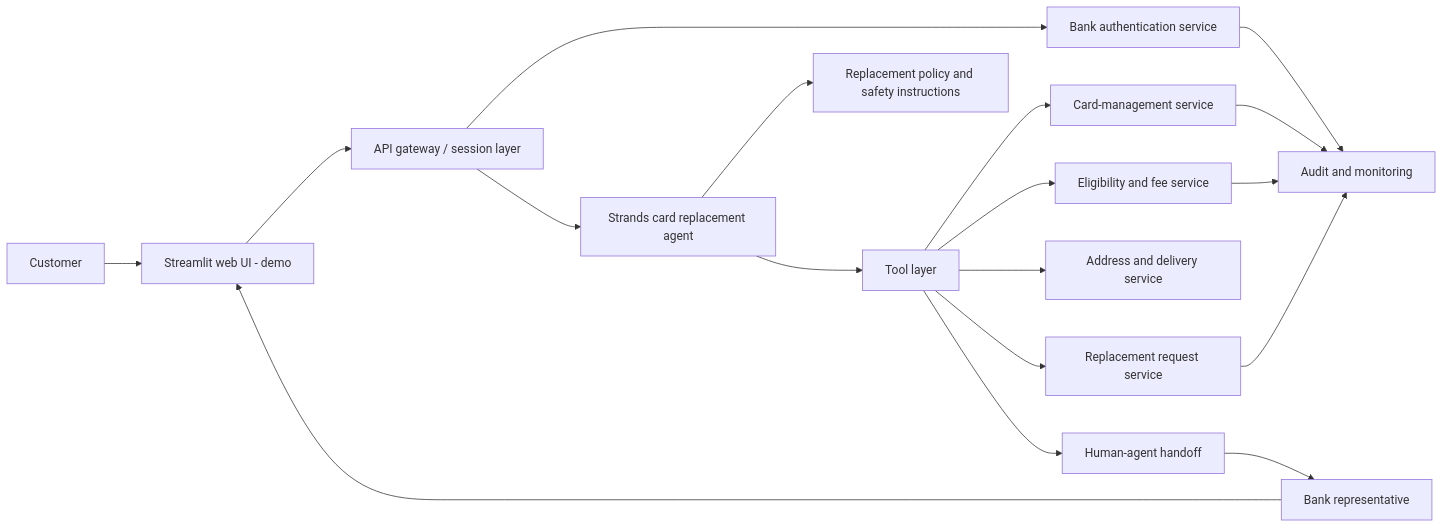
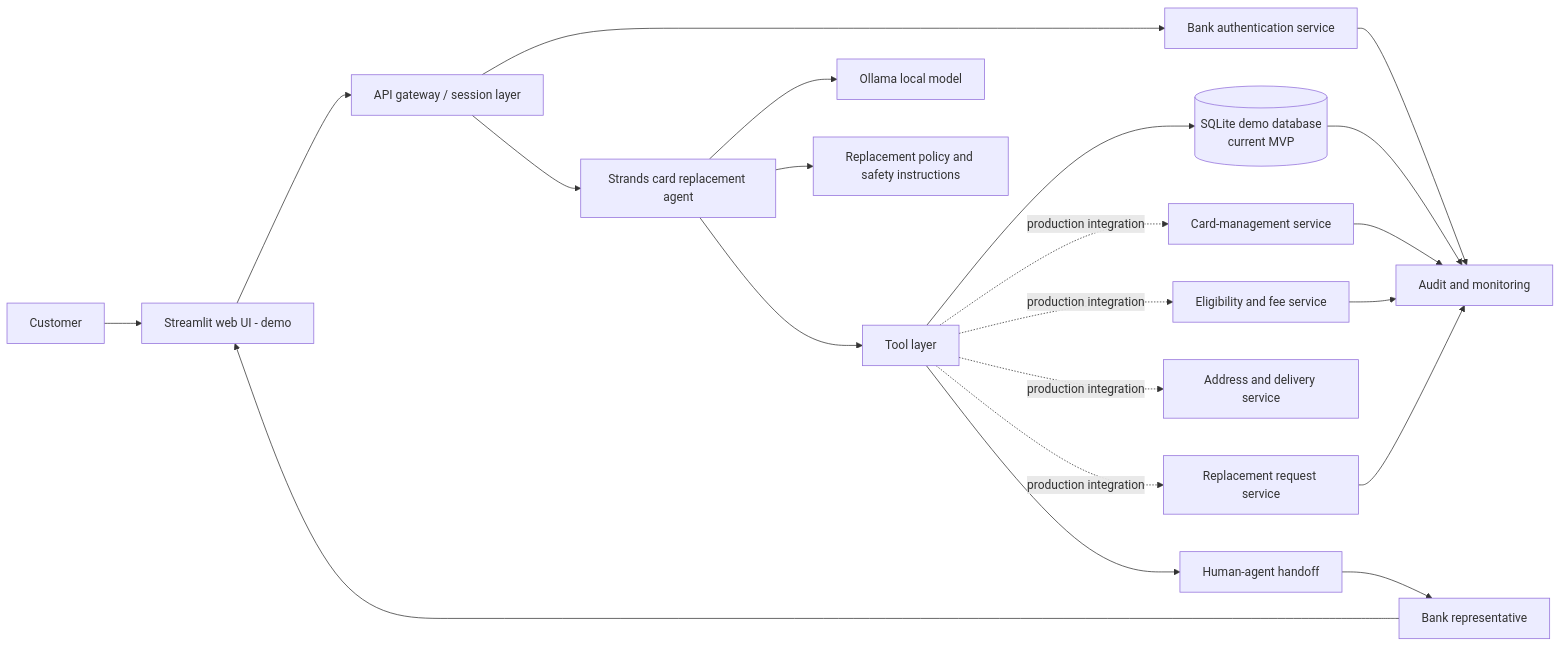
The first of 2 diagrams in ARCHITECTURE.md (pethepp14/Strands-Agent), drawn with Mermaid before and after one commit. The commit also changed 13 other files, not shown here.

````diff
--- a/ARCHITECTURE.md
+++ b/ARCHITECTURE.md
@@ -9,22 +9,25 @@
 ```mermaid
 flowchart LR
     C[Customer] --> UI[Streamlit web UI - demo]
     UI --> GW[API gateway / session layer]
     GW --> AUTH[Bank authentication service]
     GW --> A[Strands card replacement agent]
+    A --> MODEL[Ollama local model]
 
     A --> P[Replacement policy and safety instructions]
     A --> T[Tool layer]
-    T --> CARD[Card-management service]
-    T --> ELIG[Eligibility and fee service]
-    T --> DEL[Address and delivery service]
-    T --> CASE[Replacement request service]
+    T --> DB[(SQLite demo database<br/>current MVP)]
+    T -. production integration .-> CARD[Card-management service]
+    T -. production integration .-> ELIG[Eligibility and fee service]
+    T -. production integration .-> DEL[Address and delivery service]
+    T -. production integration .-> CASE[Replacement request service]
     T --> ESC[Human-agent handoff]
 
     AUTH --> AUDIT[Audit and monitoring]
+    DB --> AUDIT
     CARD --> AUDIT
     ELIG --> AUDIT
     CASE --> AUDIT
     ESC --> H[Bank representative]
     H --> UI
 ```
````
